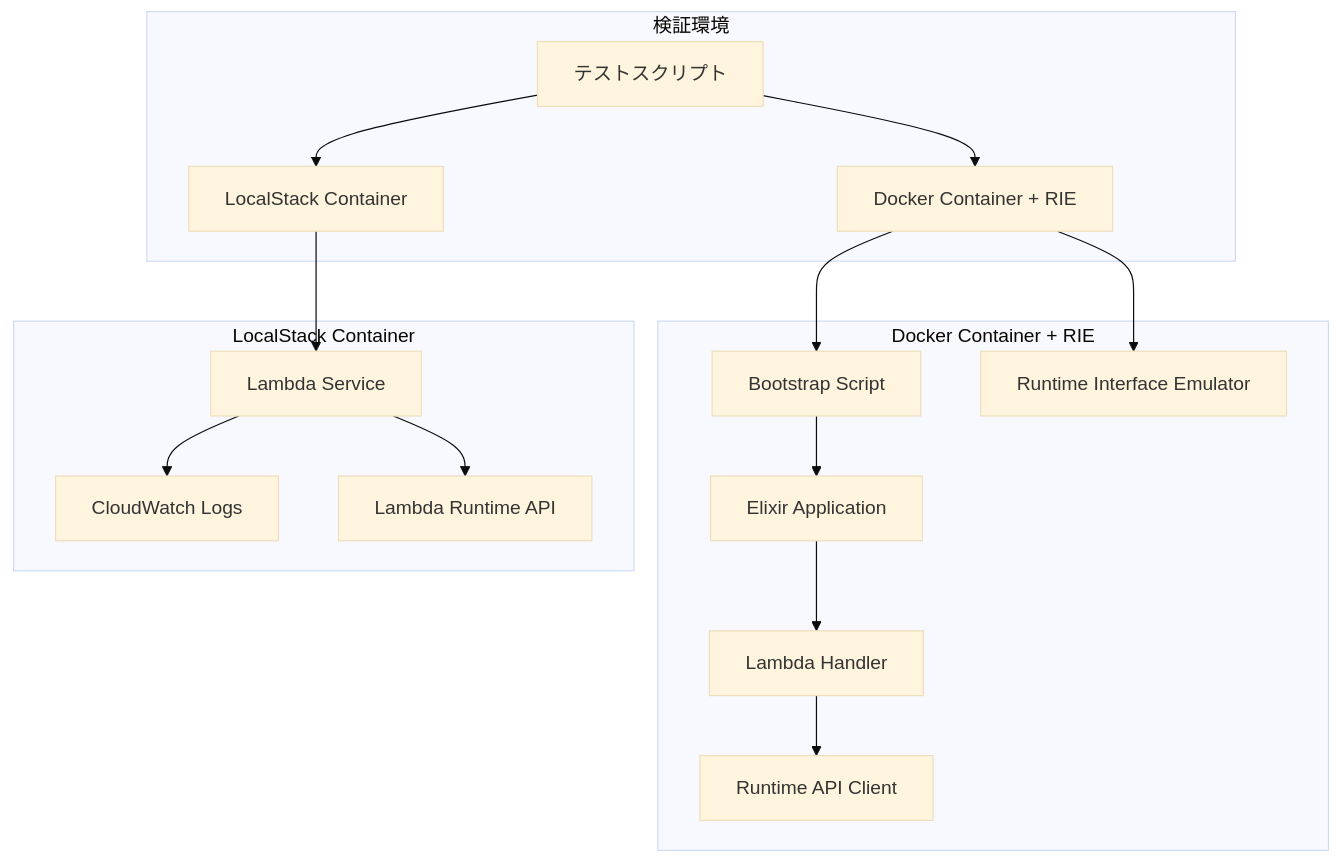
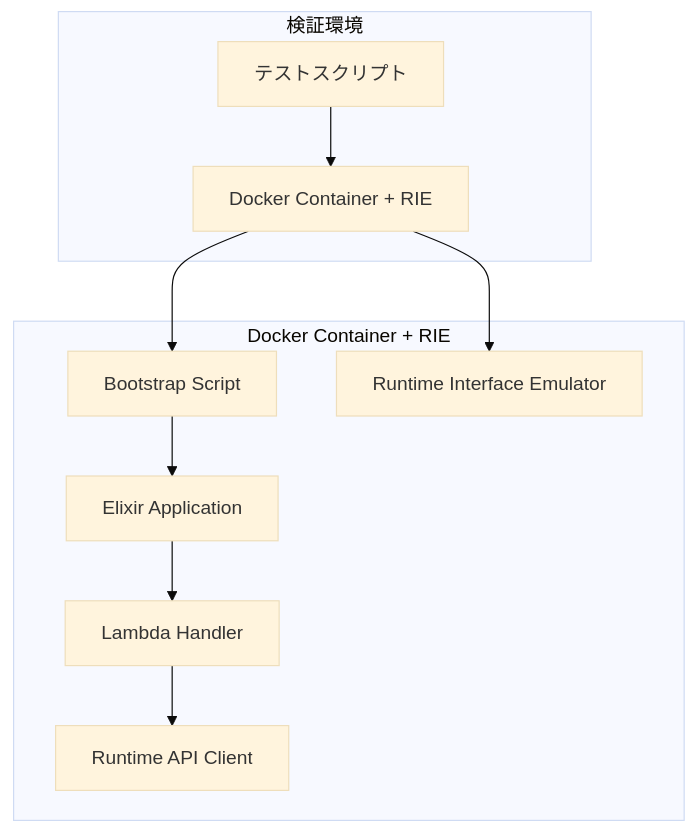
Before and after one commit to TORIFUKUKaiou/toukon_lambda: the first of 2 diagrams in .kiro/specs/lambda-verification/design.md, drawn with Mermaid (base theme). The commit also changed other lines of this file and 2 other files, not shown here.

````diff
--- a/.kiro/specs/lambda-verification/design.md
+++ b/.kiro/specs/lambda-verification/design.md
@@ -11,21 +11,14 @@
 ```mermaid
 graph TB
     subgraph "検証環境"
         A[テストスクリプト] --> B[Docker Container + RIE]
-        A --> C[LocalStack Container]
     end
     
     subgraph "Docker Container + RIE"
         B --> E[Bootstrap Script]
         E --> F[Elixir Application]
         F --> G[Lambda Handler]
         G --> H[Runtime API Client]
         B --> I[Runtime Interface Emulator]
     end
-    
-    subgraph "LocalStack Container"
-        C --> J[Lambda Service]
-        J --> K[CloudWatch Logs]
-        J --> L[Lambda Runtime API]
-    end
 ```
````
